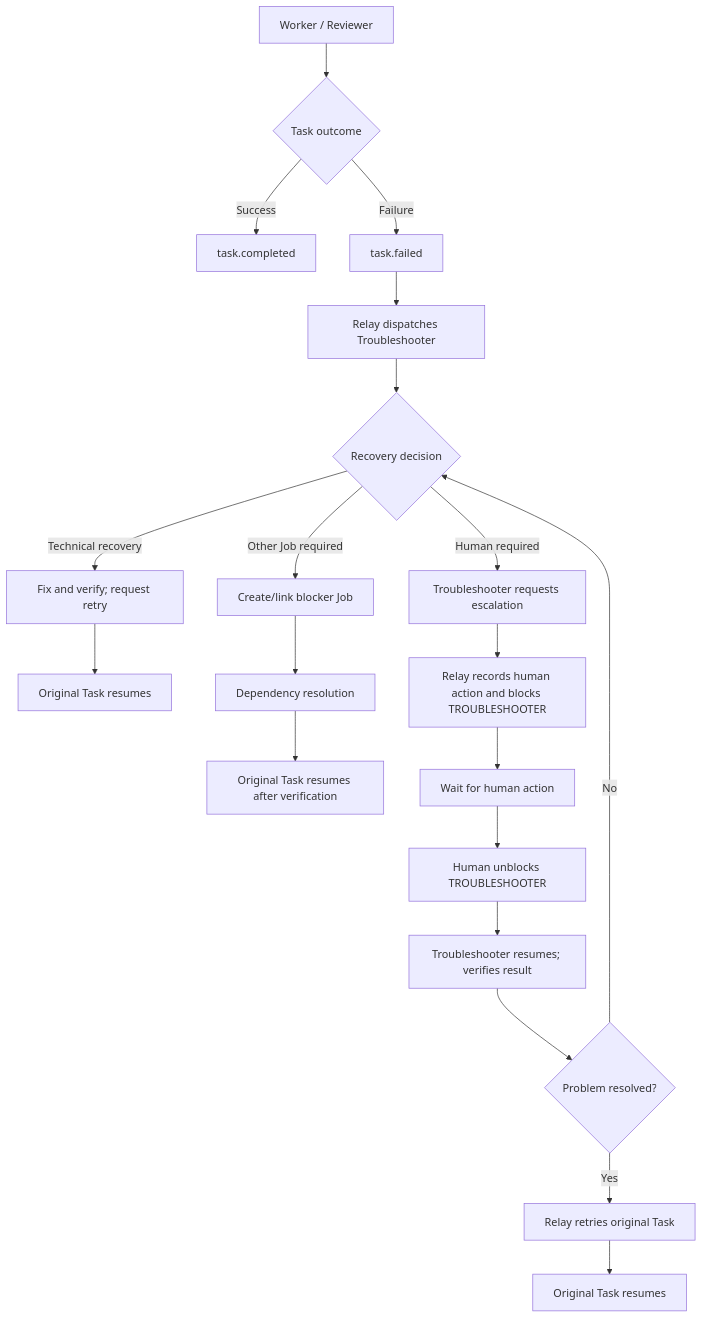
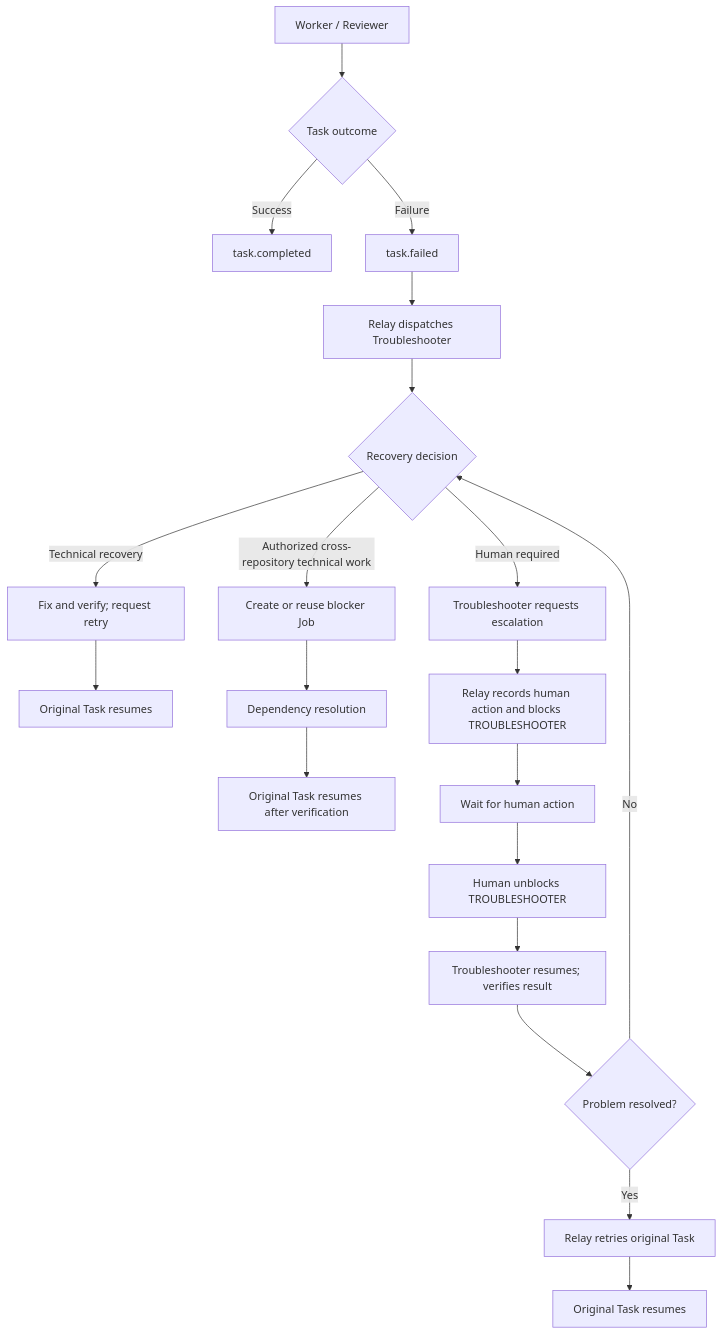
One commit to lalalic/agents-relay changed the first of 3 diagrams in skills/agents-relay/contracts/task-recovery-flows.md. Above: the diagram before and after it, drawn with Mermaid. The commit also changed other lines of this file and 29 other files, not shown here.

````diff
--- a/skills/agents-relay/contracts/task-recovery-flows.md
+++ b/skills/agents-relay/contracts/task-recovery-flows.md
@@ -37,22 +38,22 @@
 ```mermaid
 flowchart TD
     A["Worker / Reviewer"] --> B{"Task outcome"}
     B -->|Success| C["task.completed"]
     B -->|Failure| D["task.failed"]
     D --> E["Relay dispatches Troubleshooter"]
     E --> F{"Recovery decision"}
     F -->|Technical recovery| G["Fix and verify; request retry"]
     G --> H["Original Task resumes"]
-    F -->|Other Job required| I["Create/link blocker Job"]
+    F -->|Authorized cross-repository technical work| I["Create or reuse blocker Job"]
     I --> J["Dependency resolution"]
     J --> K["Original Task resumes after verification"]
     F -->|Human required| L["Troubleshooter requests escalation"]
     L --> M["Relay records human action and blocks TROUBLESHOOTER"]
     M --> N["Wait for human action"]
     N --> O["Human unblocks TROUBLESHOOTER"]
     O --> P["Troubleshooter resumes; verifies result"]
     P --> Q{"Problem resolved?"}
     Q -->|Yes| R["Relay retries original Task"]
     Q -->|No| F
     R --> S["Original Task resumes"]
 ```
````
